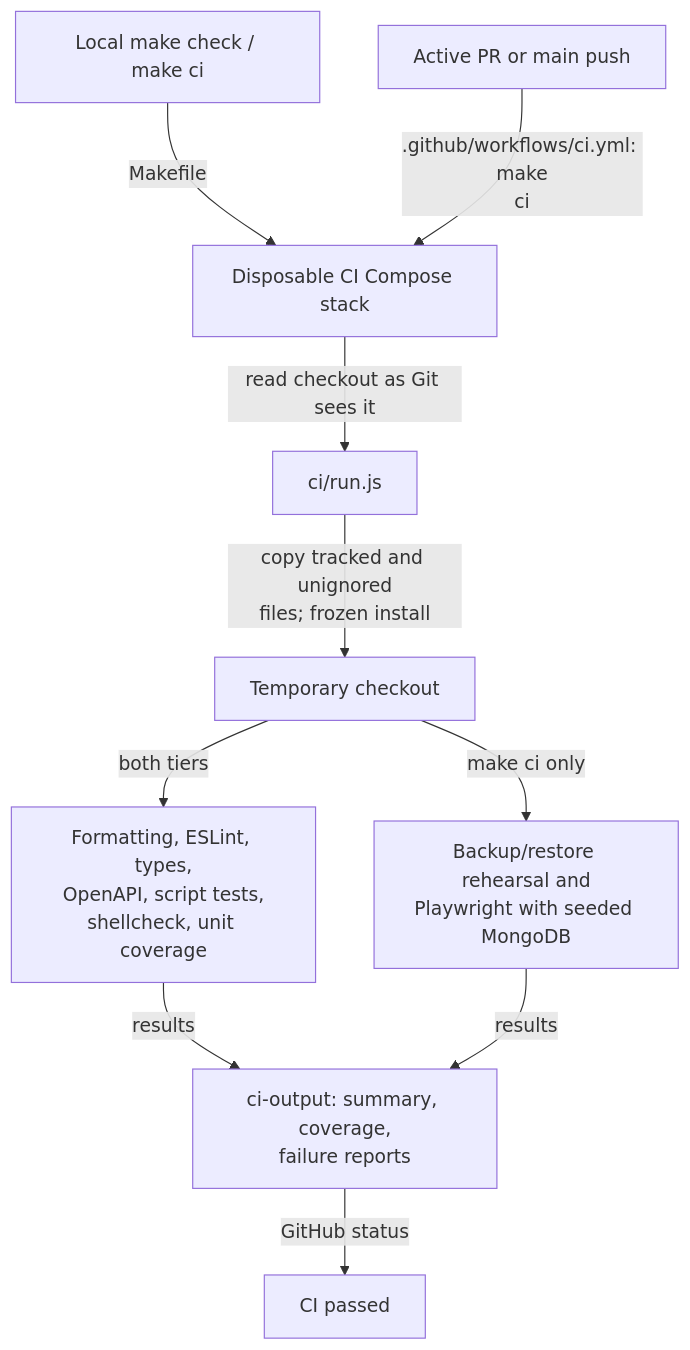
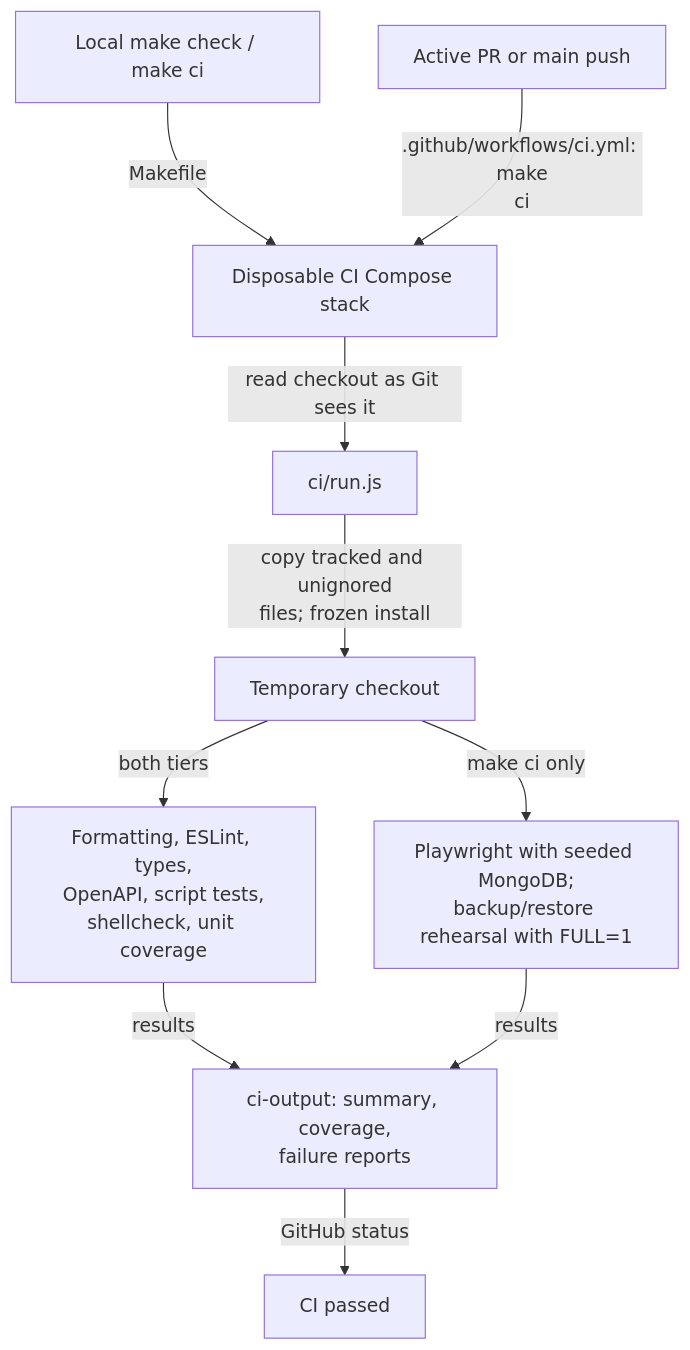
Before and after one commit to jonathan-lindqvist/enstorstarkreview: the first of 2 diagrams in scripts/README.md, drawn with Mermaid. The commit also changed other lines of this file and 9 other files, not shown here.

First line of the commit message:
Skip the backup/restore rehearsal in a local make ci

````diff
--- a/scripts/README.md
+++ b/scripts/README.md
@@ -11,12 +11,12 @@
 ```mermaid
 flowchart TD
     Local["Local make check / make ci"] -->|"Makefile"| Stack["Disposable CI Compose stack"]
     GitHub["Active PR or main push"] -->|".github/workflows/ci.yml: make<br/>ci"| Stack
     Stack -->|"read checkout as Git sees it"| Runner["ci/run.js"]
     Runner -->|"copy tracked and unignored<br/>files; frozen install"| Checkout["Temporary checkout"]
     Checkout -->|"both tiers"| Fast["Formatting, ESLint, types,<br/>OpenAPI, script tests,<br/>shellcheck, unit coverage"]
-    Checkout -->|"make ci only"| Full["Backup/restore rehearsal and<br/>Playwright with seeded MongoDB"]
+    Checkout -->|"make ci only"| Full["Playwright with seeded MongoDB;<br/>backup/restore rehearsal with FULL=1"]
     Fast -->|"results"| Reports["ci-output: summary, coverage,<br/>failure reports"]
     Full -->|"results"| Reports
     Reports -->|"GitHub status"| Gate["CI passed"]
 ```
````
